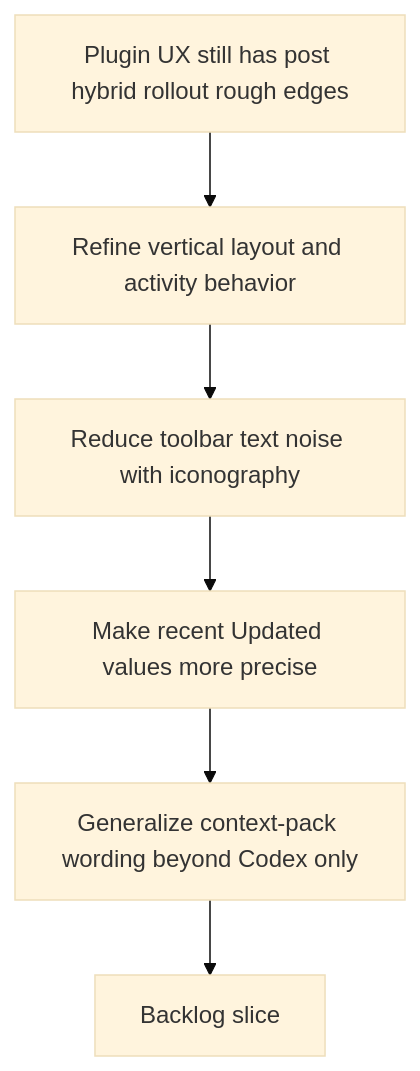
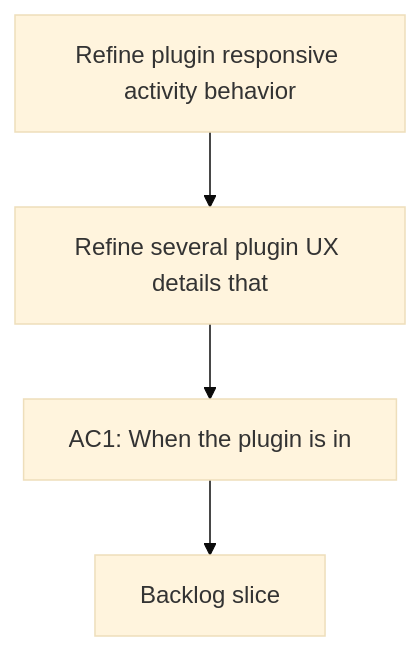
One commit to AlexAgo83/logics-manager changed the diagram in logics/request/req_096_refine_plugin_responsive_activity_toolbar_iconography_timestamp_precision_and_agent_neutral_context_pack_wording.md. Above: the diagram before and after it, drawn with Mermaid (base theme). The commit also changed 481 other files, not shown here.

````diff
--- a/logics/request/req_096_refine_plugin_responsive_activity_toolbar_iconography_timestamp_precision_and_agent_neutral_context_pack_wording.md
+++ b/logics/request/req_096_refine_plugin_responsive_activity_toolbar_iconography_timestamp_precision_and_agent_neutral_context_pack_wording.md
@@ -36,10 +36,8 @@
 ```mermaid
 %% logics-kind: request
 %% logics-signature: request|refine-plugin-responsive-activity-behavi|refine-several-plugin-ux-details-that|ac1-when-the-plugin-is-in
 flowchart TD
-    Trigger[Plugin UX still has post hybrid rollout rough edges] --> Layout[Refine vertical layout and activity behavior]
-    Layout --> Icons[Reduce toolbar text noise with iconography]
-    Icons --> Time[Make recent Updated values more precise]
-    Time --> Wording[Generalize context-pack wording beyond Codex only]
-    Wording --> Backlog[Backlog slice]
+    Trigger[Refine plugin responsive activity behavior] --> Need[Refine several plugin UX details that]
+    Need --> Outcome[AC1: When the plugin is in]
+    Outcome --> Backlog[Backlog slice]
 ```
````
